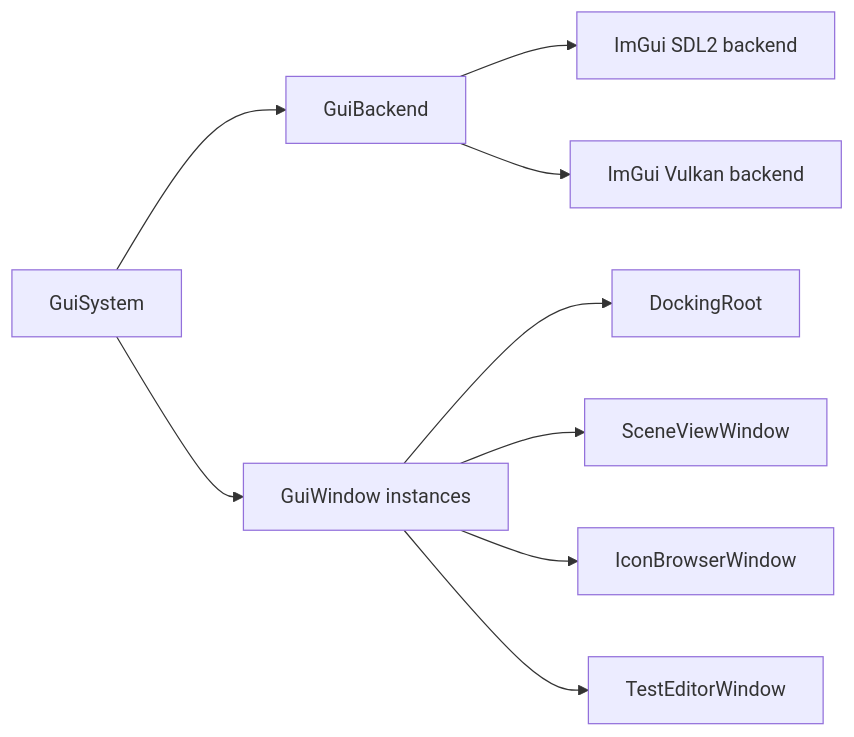
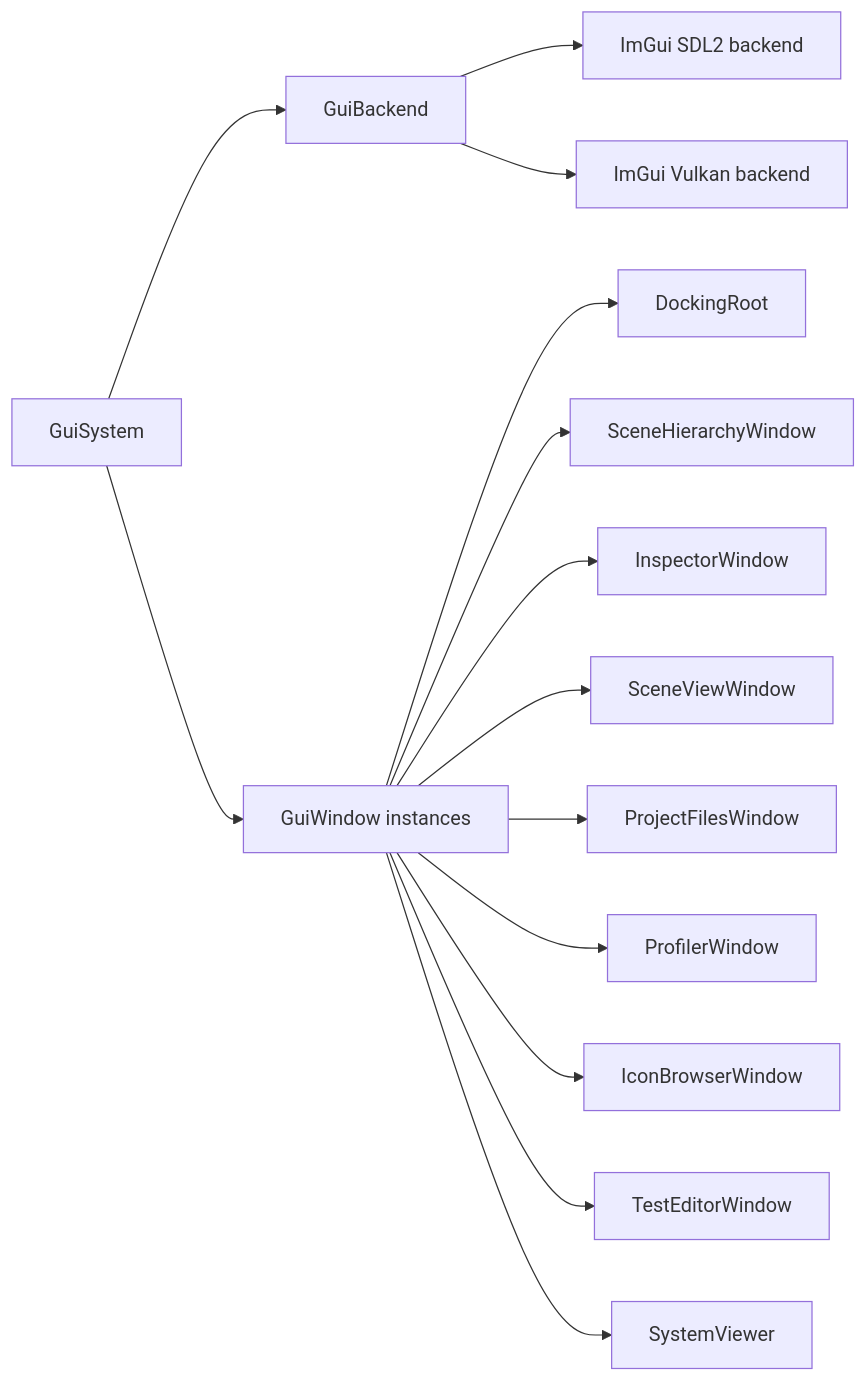
One commit to varigeri92/GenesisEngine2026 changed the diagram in docs/editor-application.md. Above: the diagram before and after it, drawn with Mermaid. The commit also changed other lines of this file and 12 other files, not shown here.

````diff
--- a/docs/editor-application.md
+++ b/docs/editor-application.md
@@ -40,11 +46,16 @@
 ```mermaid
 flowchart LR
     A["GuiSystem"] --> B["GuiBackend"]
     A --> C["GuiWindow instances"]
     B --> D["ImGui SDL2 backend"]
     B --> E["ImGui Vulkan backend"]
     C --> F["DockingRoot"]
-    C --> G["SceneViewWindow"]
-    C --> H["IconBrowserWindow"]
-    C --> I["TestEditorWindow"]
+    C --> G["SceneHierarchyWindow"]
+    C --> H["InspectorWindow"]
+    C --> I["SceneViewWindow"]
+    C --> J["ProjectFilesWindow"]
+    C --> K["ProfilerWindow"]
+    C --> L["IconBrowserWindow"]
+    C --> M["TestEditorWindow"]
+    C --> N["SystemViewer"]
 ```
````
